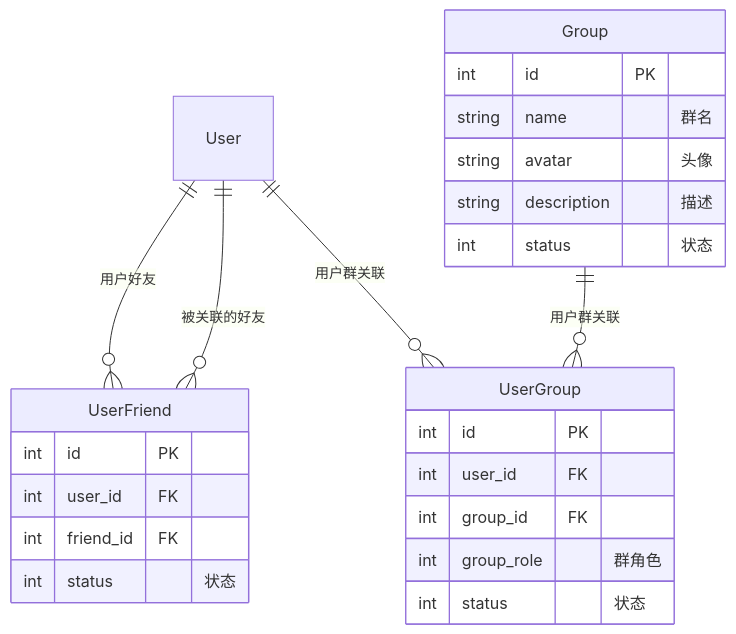
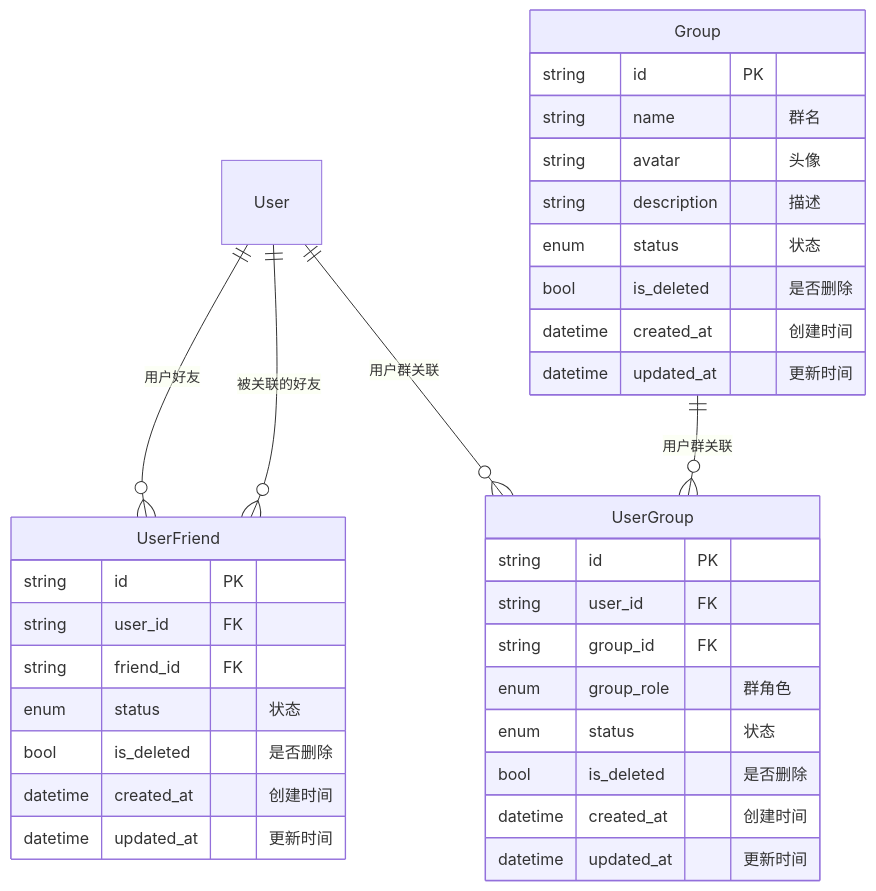
The second of 4 diagrams in docs/2.model.md (summer-like-coding/chat-system), drawn with Mermaid before and after one commit. The commit also changed other lines of this file and 5 other files, not shown here.

````diff
--- a/docs/2.model.md
+++ b/docs/2.model.md
@@ -49,30 +62,39 @@
 ```mermaid
 erDiagram
 User ||--o{ UserFriend : "用户好友"
 User ||--o{ UserFriend : "被关联的好友"
 User ||--o{ UserGroup : "用户群关联"
 Group ||--o{ UserGroup : "用户群关联"
 
 Group {
-  int id PK
+  string id PK
   string name "群名"
   string avatar "头像"
   string description "描述"
-  int status "状态"
+  enum status "状态"
+  bool is_deleted "是否删除"
+  datetime created_at "创建时间"
+  datetime updated_at "更新时间"
 }
 
 UserGroup {
-  int id PK
-  int user_id FK
-  int group_id FK
-  int group_role "群角色"
-  int status "状态"
+  string id PK
+  string user_id FK
+  string group_id FK
+  enum group_role "群角色"
+  enum status "状态"
+  bool is_deleted "是否删除"
+  datetime created_at "创建时间"
+  datetime updated_at "更新时间"
 }
 
 UserFriend {
-  int id PK
-  int user_id FK
-  int friend_id FK
-  int status "状态"
+  string id PK
+  string user_id FK
+  string friend_id FK
+  enum status "状态"
+  bool is_deleted "是否删除"
+  datetime created_at "创建时间"
+  datetime updated_at "更新时间"
 }
 ```
````
